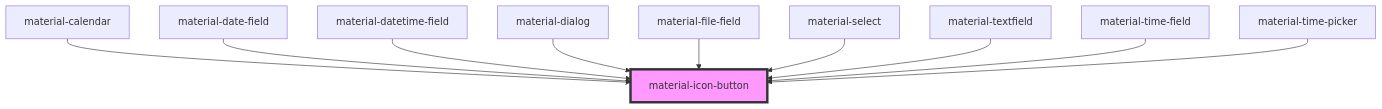
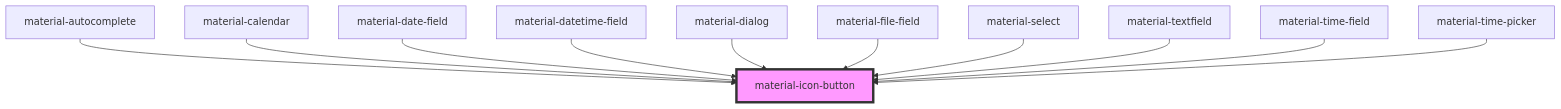
One commit to RobustaRush/material changed the diagram in src/components/material-icon-button/readme.md. Above: the diagram before and after it, drawn with Mermaid. The commit also changed other lines of this file and 5 other files, not shown here.

First line of the commit message:
feat(autocomplete): material-autocomplete — editable combobox, single + multiple

````diff
--- a/src/components/material-icon-button/readme.md
+++ b/src/components/material-icon-button/readme.md
@@ -64,13 +65,14 @@
 ```mermaid
 graph TD;
+  material-autocomplete --> material-icon-button
   material-calendar --> material-icon-button
   material-date-field --> material-icon-button
   material-datetime-field --> material-icon-button
   material-dialog --> material-icon-button
   material-file-field --> material-icon-button
   material-select --> material-icon-button
   material-textfield --> material-icon-button
   material-time-field --> material-icon-button
   material-time-picker --> material-icon-button
   style material-icon-button fill:#f9f,stroke:#333,stroke-width:4px
 ```
````
